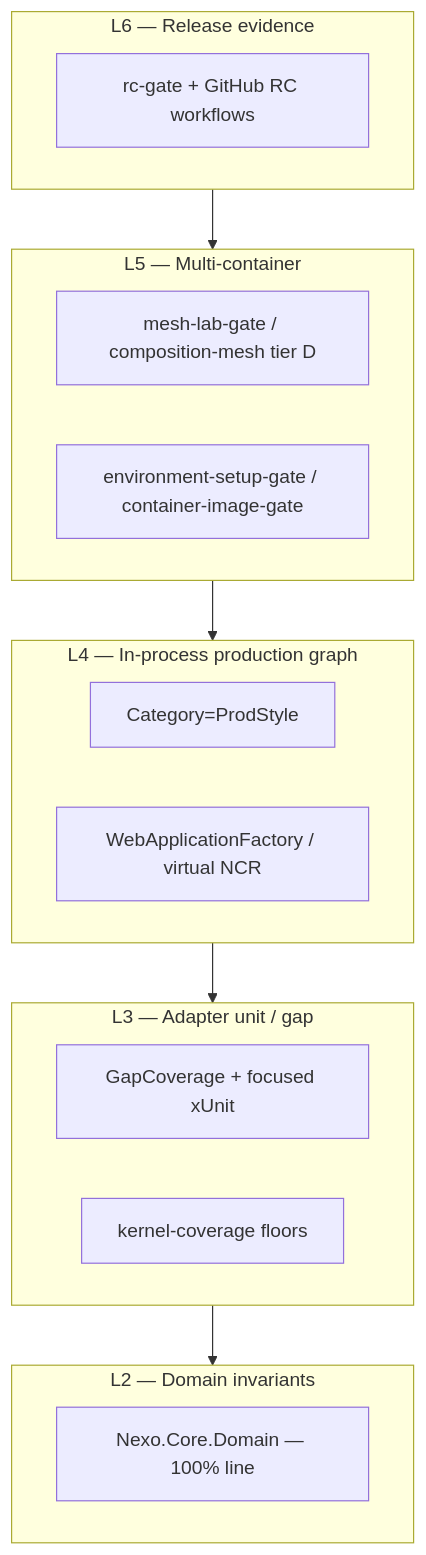
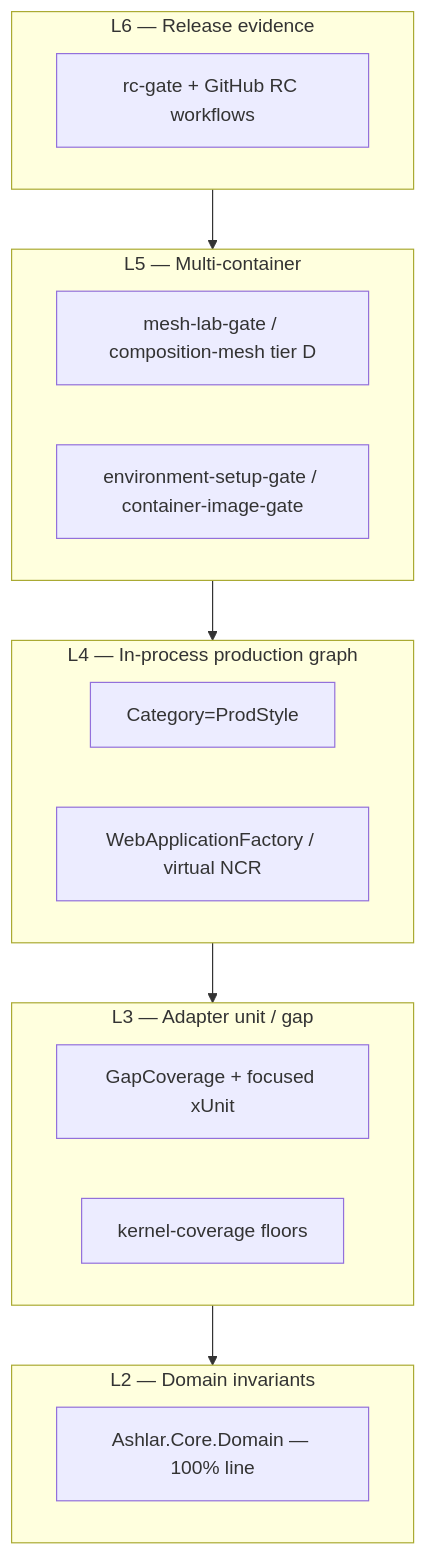
Before and after one commit to IanFrelinger/Nexo: the diagram in docs/architecture/TestingStrategyPivot-v1.md, drawn with Mermaid. The commit also changed other lines of this file and 7607 other files, not shown here.

First line of the commit message:
refactor: rename Nexo -> Ashlar across the repository

````diff
--- a/docs/architecture/TestingStrategyPivot-v1.md
+++ b/docs/architecture/TestingStrategyPivot-v1.md
@@ -20,22 +20,22 @@
 ```mermaid
 flowchart TB
   subgraph L6 [L6 — Release evidence]
     RC[rc-gate + GitHub RC workflows]
   end
   subgraph L5 [L5 — Multi-container]
     Mesh[mesh-lab-gate / composition-mesh tier D]
     Setup[environment-setup-gate / container-image-gate]
   end
   subgraph L4 [L4 — In-process production graph]
     PS[Category=ProdStyle]
     WAF[WebApplicationFactory / virtual NCR]
   end
   subgraph L3 [L3 — Adapter unit / gap]
     Gap[GapCoverage + focused xUnit]
     Ratchet[kernel-coverage floors]
   end
   subgraph L2 [L2 — Domain invariants]
-    Dom[Nexo.Core.Domain — 100% line]
+    Dom[Ashlar.Core.Domain — 100% line]
   end
   L6 --> L5 --> L4 --> L3 --> L2
 ```
````
